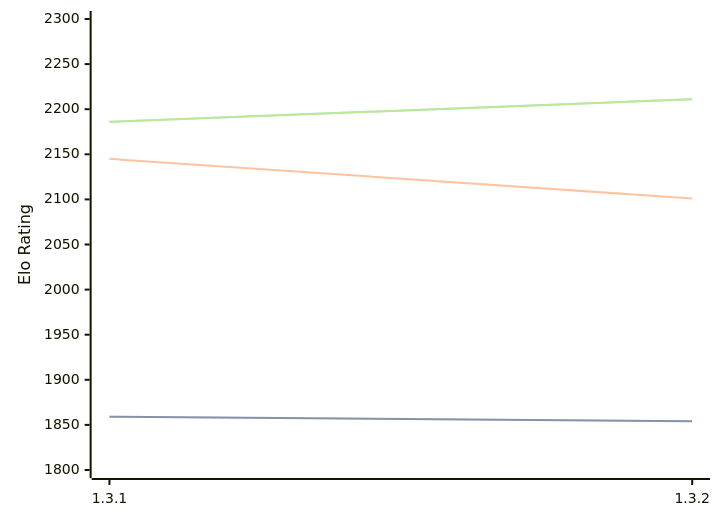
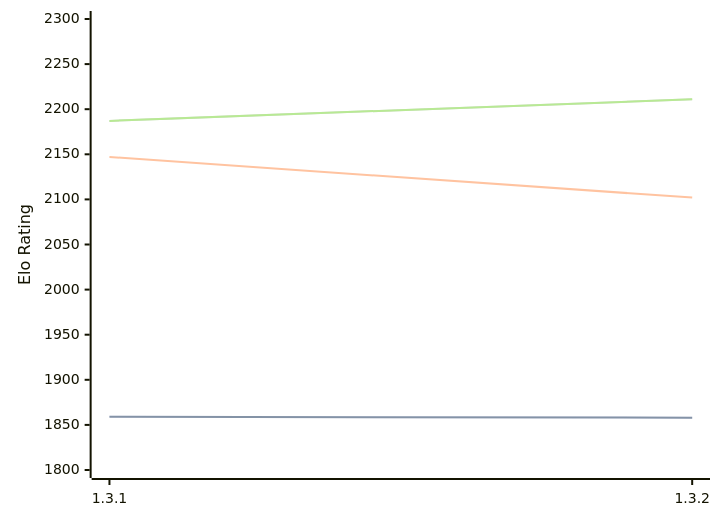
Before and after one commit to computer-chess-index/cci: the diagram in engines/Zugblitz.md, drawn with Mermaid. The commit also changed other lines of this file, not shown here.

Commit message:
Update CCI Ratings (ELO VLTC) - 2026-09-13

````diff
--- a/engines/Zugblitz.md
+++ b/engines/Zugblitz.md
@@ -32,11 +32,11 @@
 ```mermaid
 %%{init: {"theme":"base","themeVariables":{"seriesColors:['#a3a3a3','#222221','#faa371']}}}%%
 xychart-beta
   x-axis ["1.3.1", "1.3.2"]
   y-axis "Elo Rating" 1800 --> 2300
-  line "" [1859, 1854]
-  line "STC (8.0+0.08s)" [1859, 1854]
-  line "LTC (60.0+0.60s)" [2145, 2101]
-  line "" [2186, 2211]
-  line "VLTC (2m24s+1.12s)" [2186, 2211]
+  line "" [1859, 1858]
+  line "STC (8.0+0.08s)" [1859, 1858]
+  line "LTC (60.0+0.60s)" [2147, 2102]
+  line "" [2187, 2211]
+  line "VLTC (2m24s+1.12s)" [2187, 2211]
 ```
````
